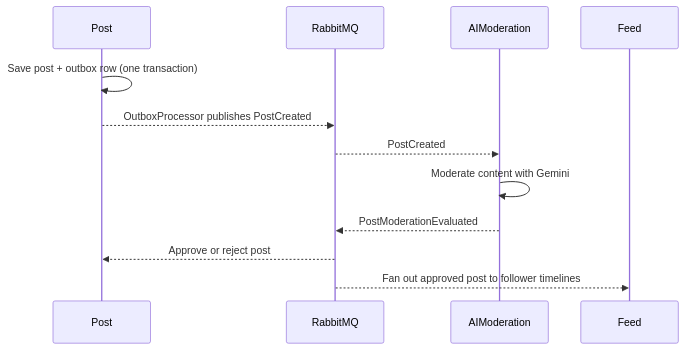
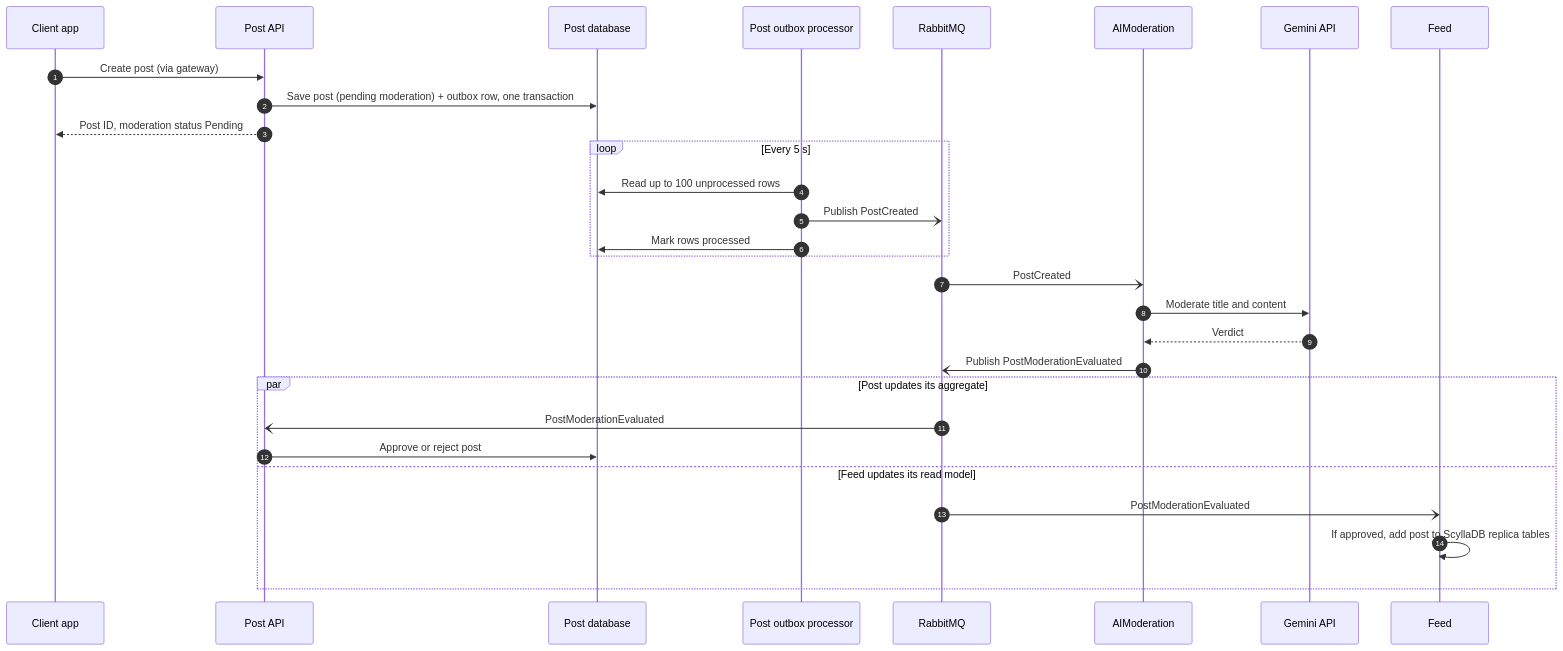
One commit to anht04/psychology-support-microservices changed the fifth of 6 diagrams in README.md. Above: the diagram before and after it, drawn with Mermaid. The commit also changed other lines of this file, not shown here.

````diff
--- a/README.md
+++ b/README.md
@@ -166,14 +245,32 @@
 ```mermaid
 sequenceDiagram
-    participant Post
+    autonumber
+    participant App as Client app
+    participant Post as Post API
+    participant DB as Post database
+    participant OP as Post outbox processor
     participant MQ as RabbitMQ
     participant Mod as AIModeration
+    participant Gem as Gemini API
     participant Feed
-    Post->>Post: Save post + outbox row (one transaction)
-    Post-->>MQ: OutboxProcessor publishes PostCreated
-    MQ-->>Mod: PostCreated
-    Mod->>Mod: Moderate content with Gemini
-    Mod-->>MQ: PostModerationEvaluated
-    MQ-->>Post: Approve or reject post
-    MQ-->>Feed: Fan out approved post to follower timelines
+
+    App->>Post: Create post (via gateway)
+    Post->>DB: Save post (pending moderation) + outbox row, one transaction
+    Post-->>App: Post ID, moderation status Pending
+    loop Every 5 s
+        OP->>DB: Read up to 100 unprocessed rows
+        OP-)MQ: Publish PostCreated
+        OP->>DB: Mark rows processed
+    end
+    MQ-)Mod: PostCreated
+    Mod->>Gem: Moderate title and content
+    Gem-->>Mod: Verdict
+    Mod-)MQ: Publish PostModerationEvaluated
+    par Post updates its aggregate
+        MQ-)Post: PostModerationEvaluated
+        Post->>DB: Approve or reject post
+    and Feed updates its read model
+        MQ-)Feed: PostModerationEvaluated
+        Feed->>Feed: If approved, add post to ScyllaDB replica tables
+    end
 ```
````
